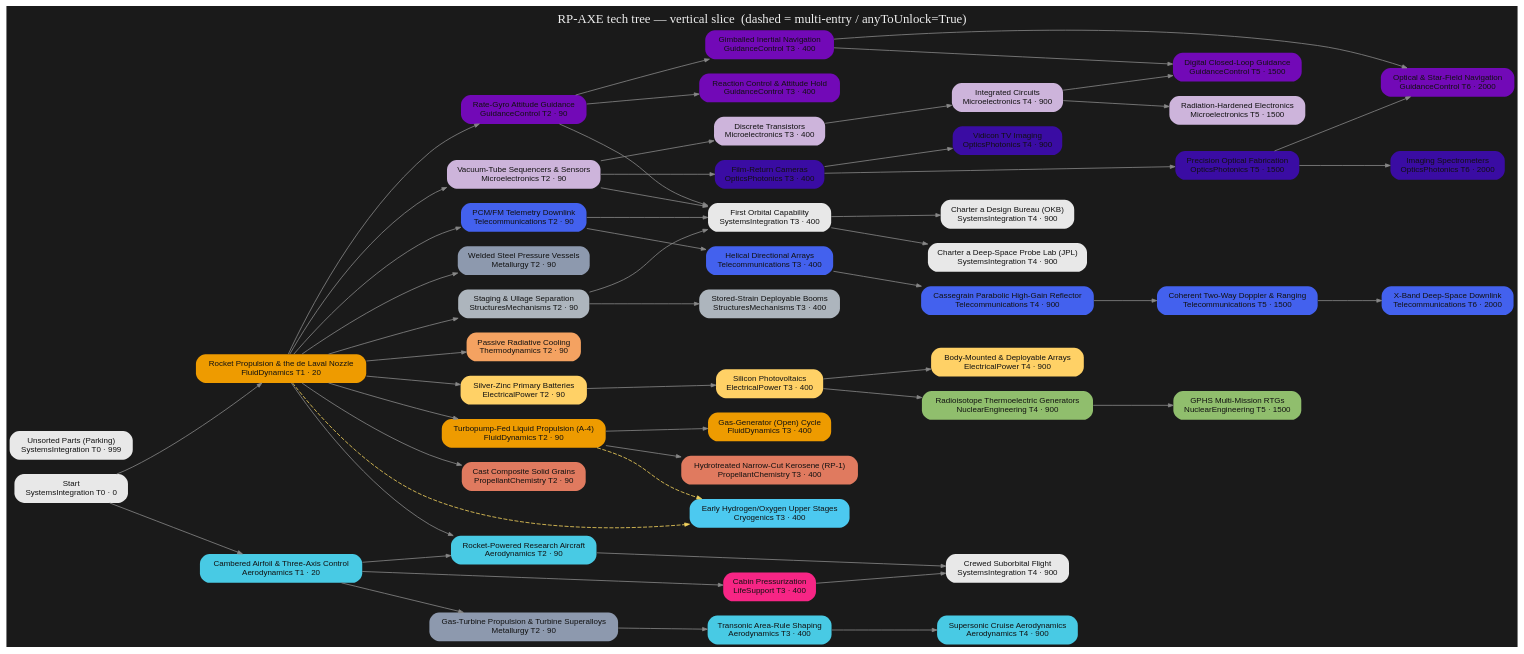
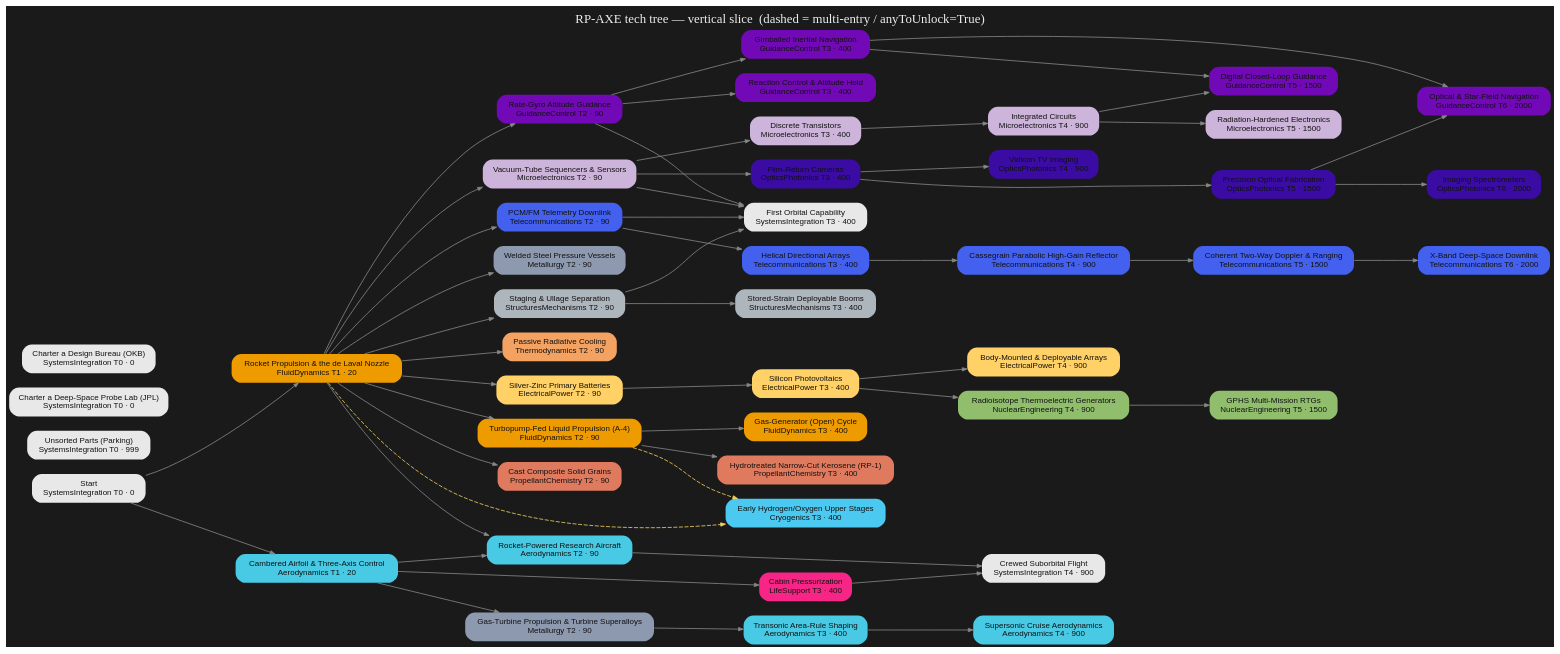
Before and after one commit to miskoltrans/RP-AXE: the diagram in tree/render/axe-tree.dot, drawn with Graphviz. The commit also changed 6 other files, not shown here.

First line of the commit message:
tree: probe charters -> parallel roots; place orbital engines + solar/RTG power

```diff
--- a/tree/render/axe-tree.dot
+++ b/tree/render/axe-tree.dot
@@ -1,110 +1,108 @@
 digraph AXE {
   rankdir=LR; bgcolor="#1a1a1a"; nodesep=0.25; ranksep=1.1;
   node[shape=box,style="filled,rounded",fontname="Helvetica",fontsize=10,color="#00000000"];
   edge[color="#888888",arrowsize=0.6];
   "start" [label="Start\nSystemsIntegration T0 · 0",fillcolor="#e8e8e8",fontcolor="#111111"];
   "parking" [label="Unsorted Parts (Parking)\nSystemsIntegration T0 · 999",fillcolor="#e8e8e8",fontcolor="#111111"];
   "rocketryStart" [label="Rocket Propulsion & the de Laval Nozzle\nFluidDynamics T1 · 20",fillcolor="#ee9b00",fontcolor="#111111"];
   "fd_turbopumpLiquid" [label="Turbopump-Fed Liquid Propulsion (A-4)\nFluidDynamics T2 · 90",fillcolor="#ee9b00",fontcolor="#111111"];
   "pc_solidGrain" [label="Cast Composite Solid Grains\nPropellantChemistry T2 · 90",fillcolor="#e07a5f",fontcolor="#111111"];
   "pc_kerosene" [label="Hydrotreated Narrow-Cut Kerosene (RP-1)\nPropellantChemistry T3 · 400",fillcolor="#e07a5f",fontcolor="#111111"];
   "fd_gasGenerator" [label="Gas-Generator (Open) Cycle\nFluidDynamics T3 · 400",fillcolor="#ee9b00",fontcolor="#111111"];
   "cryo_earlyHydrolox" [label="Early Hydrogen/Oxygen Upper Stages\nCryogenics T3 · 400",fillcolor="#4cc9f0",fontcolor="#111111"];
   "str_stageSeparation" [label="Staging & Ullage Separation\nStructuresMechanisms T2 · 90",fillcolor="#adb5bd",fontcolor="#111111"];
   "gnc_rateGyros" [label="Rate-Gyro Attitude Guidance\nGuidanceControl T2 · 90",fillcolor="#7209b7",fontcolor="#111111"];
   "tel_pcmTelemetry" [label="PCM/FM Telemetry Downlink\nTelecommunications T2 · 90",fillcolor="#4361ee",fontcolor="#111111"];
   "mic_vacuumTubes" [label="Vacuum-Tube Sequencers & Sensors\nMicroelectronics T2 · 90",fillcolor="#cdb4db",fontcolor="#111111"];
   "met_weldedSteel" [label="Welded Steel Pressure Vessels\nMetallurgy T2 · 90",fillcolor="#8d99ae",fontcolor="#111111"];
   "elec_silverZinc" [label="Silver-Zinc Primary Batteries\nElectricalPower T2 · 90",fillcolor="#ffd166",fontcolor="#111111"];
   "elec_siliconPV" [label="Silicon Photovoltaics\nElectricalPower T3 · 400",fillcolor="#ffd166",fontcolor="#111111"];
   "elec_bodyMountedArrays" [label="Body-Mounted & Deployable Arrays\nElectricalPower T4 · 900",fillcolor="#ffd166",fontcolor="#111111"];
   "mic_transistor" [label="Discrete Transistors\nMicroelectronics T3 · 400",fillcolor="#cdb4db",fontcolor="#111111"];
   "mic_integratedCircuit" [label="Integrated Circuits\nMicroelectronics T4 · 900",fillcolor="#cdb4db",fontcolor="#111111"];
   "mic_radHardening" [label="Radiation-Hardened Electronics\nMicroelectronics T5 · 1500",fillcolor="#cdb4db",fontcolor="#111111"];
   "tel_helicalDirectional" [label="Helical Directional Arrays\nTelecommunications T3 · 400",fillcolor="#4361ee",fontcolor="#111111"];
   "tel_cassegrainHGA" [label="Cassegrain Parabolic High-Gain Reflector\nTelecommunications T4 · 900",fillcolor="#4361ee",fontcolor="#111111"];
   "tel_dsnRanging" [label="Coherent Two-Way Doppler & Ranging\nTelecommunications T5 · 1500",fillcolor="#4361ee",fontcolor="#111111"];
   "tel_xBandDownlink" [label="X-Band Deep-Space Downlink\nTelecommunications T6 · 2000",fillcolor="#4361ee",fontcolor="#111111"];
   "gnc_reactionControl" [label="Reaction Control & Attitude Hold\nGuidanceControl T3 · 400",fillcolor="#7209b7",fontcolor="#111111"];
   "gnc_inertialNav" [label="Gimballed Inertial Navigation\nGuidanceControl T3 · 400",fillcolor="#7209b7",fontcolor="#111111"];
   "gnc_digitalGuidance" [label="Digital Closed-Loop Guidance\nGuidanceControl T5 · 1500",fillcolor="#7209b7",fontcolor="#111111"];
   "gnc_opticalNav" [label="Optical & Star-Field Navigation\nGuidanceControl T6 · 2000",fillcolor="#7209b7",fontcolor="#111111"];
   "opt_filmCameras" [label="Film-Return Cameras\nOpticsPhotonics T3 · 400",fillcolor="#3a0ca3",fontcolor="#111111"];
   "opt_tvImaging" [label="Vidicon TV Imaging\nOpticsPhotonics T4 · 900",fillcolor="#3a0ca3",fontcolor="#111111"];
   "opt_precisionOptics" [label="Precision Optical Fabrication\nOpticsPhotonics T5 · 1500",fillcolor="#3a0ca3",fontcolor="#111111"];
   "opt_spectrometry" [label="Imaging Spectrometers\nOpticsPhotonics T6 · 2000",fillcolor="#3a0ca3",fontcolor="#111111"];
   "th_passiveRadiators" [label="Passive Radiative Cooling\nThermodynamics T2 · 90",fillcolor="#f4a261",fontcolor="#111111"];
   "nuc_rtg" [label="Radioisotope Thermoelectric Generators\nNuclearEngineering T4 · 900",fillcolor="#90be6d",fontcolor="#111111"];
   "nuc_rtgAdvanced" [label="GPHS Multi-Mission RTGs\nNuclearEngineering T5 · 1500",fillcolor="#90be6d",fontcolor="#111111"];
   "str_deployableBooms" [label="Stored-Strain Deployable Booms\nStructuresMechanisms T3 · 400",fillcolor="#adb5bd",fontcolor="#111111"];
   "int_firstOrbit" [label="First Orbital Capability\nSystemsIntegration T3 · 400",fillcolor="#e8e8e8",fontcolor="#111111"];
-  "hire_JPL" [label="Charter a Deep-Space Probe Lab (JPL)\nSystemsIntegration T4 · 900",fillcolor="#e8e8e8",fontcolor="#111111"];
-  "hire_OKB" [label="Charter a Design Bureau (OKB)\nSystemsIntegration T4 · 900",fillcolor="#e8e8e8",fontcolor="#111111"];
+  "hire_JPL" [label="Charter a Deep-Space Probe Lab (JPL)\nSystemsIntegration T0 · 0",fillcolor="#e8e8e8",fontcolor="#111111"];
+  "hire_OKB" [label="Charter a Design Bureau (OKB)\nSystemsIntegration T0 · 0",fillcolor="#e8e8e8",fontcolor="#111111"];
   "xplaneStart" [label="Cambered Airfoil & Three-Axis Control\nAerodynamics T1 · 20",fillcolor="#48cae4",fontcolor="#111111"];
   "met_turbojet" [label="Gas-Turbine Propulsion & Turbine Superalloys\nMetallurgy T2 · 90",fillcolor="#8d99ae",fontcolor="#111111"];
   "aero_transonicFlight" [label="Transonic Area-Rule Shaping\nAerodynamics T3 · 400",fillcolor="#48cae4",fontcolor="#111111"];
   "aero_supersonicCruise" [label="Supersonic Cruise Aerodynamics\nAerodynamics T4 · 900",fillcolor="#48cae4",fontcolor="#111111"];
   "aero_rocketplane" [label="Rocket-Powered Research Aircraft\nAerodynamics T2 · 90",fillcolor="#48cae4",fontcolor="#111111"];
   "life_pressurizedCabin" [label="Cabin Pressurization\nLifeSupport T3 · 400",fillcolor="#f72585",fontcolor="#111111"];
   "int_crewedSuborbital" [label="Crewed Suborbital Flight\nSystemsIntegration T4 · 900",fillcolor="#e8e8e8",fontcolor="#111111"];
-  { rank=same; "start" "parking" }
+  { rank=same; "start" "parking" "hire_JPL" "hire_OKB" }
   { rank=same; "rocketryStart" "xplaneStart" }
   { rank=same; "fd_turbopumpLiquid" "pc_solidGrain" "str_stageSeparation" "gnc_rateGyros" "tel_pcmTelemetry" "mic_vacuumTubes" "met_weldedSteel" "elec_silverZinc" "th_passiveRadiators" "met_turbojet" "aero_rocketplane" }
   { rank=same; "pc_kerosene" "fd_gasGenerator" "cryo_earlyHydrolox" "elec_siliconPV" "mic_transistor" "tel_helicalDirectional" "gnc_reactionControl" "gnc_inertialNav" "opt_filmCameras" "str_deployableBooms" "int_firstOrbit" "aero_transonicFlight" "life_pressurizedCabin" }
-  { rank=same; "elec_bodyMountedArrays" "mic_integratedCircuit" "tel_cassegrainHGA" "opt_tvImaging" "nuc_rtg" "hire_JPL" "hire_OKB" "aero_supersonicCruise" "int_crewedSuborbital" }
+  { rank=same; "elec_bodyMountedArrays" "mic_integratedCircuit" "tel_cassegrainHGA" "opt_tvImaging" "nuc_rtg" "aero_supersonicCruise" "int_crewedSuborbital" }
   { rank=same; "mic_radHardening" "tel_dsnRanging" "gnc_digitalGuidance" "opt_precisionOptics" "nuc_rtgAdvanced" }
   { rank=same; "tel_xBandDownlink" "gnc_opticalNav" "opt_spectrometry" }
   "start" -> "rocketryStart" [style=solid];
   "rocketryStart" -> "fd_turbopumpLiquid" [style=solid];
   "rocketryStart" -> "pc_solidGrain" [style=solid];
   "fd_turbopumpLiquid" -> "pc_kerosene" [style=solid];
   "fd_turbopumpLiquid" -> "fd_gasGenerator" [style=solid];
   "rocketryStart" -> "cryo_earlyHydrolox" [style=dashed,color="#f4d35e"];
   "fd_turbopumpLiquid" -> "cryo_earlyHydrolox" [style=dashed,color="#f4d35e"];
   "rocketryStart" -> "str_stageSeparation" [style=solid];
   "rocketryStart" -> "gnc_rateGyros" [style=solid];
   "rocketryStart" -> "tel_pcmTelemetry" [style=solid];
   "rocketryStart" -> "mic_vacuumTubes" [style=solid];
   "rocketryStart" -> "met_weldedSteel" [style=solid];
   "rocketryStart" -> "elec_silverZinc" [style=solid];
   "elec_silverZinc" -> "elec_siliconPV" [style=solid];
   "elec_siliconPV" -> "elec_bodyMountedArrays" [style=solid];
   "mic_vacuumTubes" -> "mic_transistor" [style=solid];
   "mic_transistor" -> "mic_integratedCircuit" [style=solid];
   "mic_integratedCircuit" -> "mic_radHardening" [style=solid];
   "tel_pcmTelemetry" -> "tel_helicalDirectional" [style=solid];
   "tel_helicalDirectional" -> "tel_cassegrainHGA" [style=solid];
   "tel_cassegrainHGA" -> "tel_dsnRanging" [style=solid];
   "tel_dsnRanging" -> "tel_xBandDownlink" [style=solid];
   "gnc_rateGyros" -> "gnc_reactionControl" [style=solid];
   "gnc_rateGyros" -> "gnc_inertialNav" [style=solid];
   "gnc_inertialNav" -> "gnc_digitalGuidance" [style=solid];
   "mic_integratedCircuit" -> "gnc_digitalGuidance" [style=solid];
   "gnc_inertialNav" -> "gnc_opticalNav" [style=solid];
   "opt_precisionOptics" -> "gnc_opticalNav" [style=solid];
   "mic_vacuumTubes" -> "opt_filmCameras" [style=solid];
   "opt_filmCameras" -> "opt_tvImaging" [style=solid];
   "opt_filmCameras" -> "opt_precisionOptics" [style=solid];
   "opt_precisionOptics" -> "opt_spectrometry" [style=solid];
   "rocketryStart" -> "th_passiveRadiators" [style=solid];
   "elec_siliconPV" -> "nuc_rtg" [style=solid];
   "nuc_rtg" -> "nuc_rtgAdvanced" [style=solid];
   "str_stageSeparation" -> "str_deployableBooms" [style=solid];
   "str_stageSeparation" -> "int_firstOrbit" [style=solid];
   "gnc_rateGyros" -> "int_firstOrbit" [style=solid];
   "tel_pcmTelemetry" -> "int_firstOrbit" [style=solid];
   "mic_vacuumTubes" -> "int_firstOrbit" [style=solid];
-  "int_firstOrbit" -> "hire_JPL" [style=solid];
-  "int_firstOrbit" -> "hire_OKB" [style=solid];
   "start" -> "xplaneStart" [style=solid];
   "xplaneStart" -> "met_turbojet" [style=solid];
   "met_turbojet" -> "aero_transonicFlight" [style=solid];
   "aero_transonicFlight" -> "aero_supersonicCruise" [style=solid];
   "xplaneStart" -> "aero_rocketplane" [style=solid];
   "rocketryStart" -> "aero_rocketplane" [style=solid];
   "xplaneStart" -> "life_pressurizedCabin" [style=solid];
   "aero_rocketplane" -> "int_crewedSuborbital" [style=solid];
   "life_pressurizedCabin" -> "int_crewedSuborbital" [style=solid];
   labelloc="t"; fontcolor="#eeeeee"; fontsize=16;
   label="RP-AXE tech tree — vertical slice  (dashed = multi-entry / anyToUnlock=True)";
 }
```
